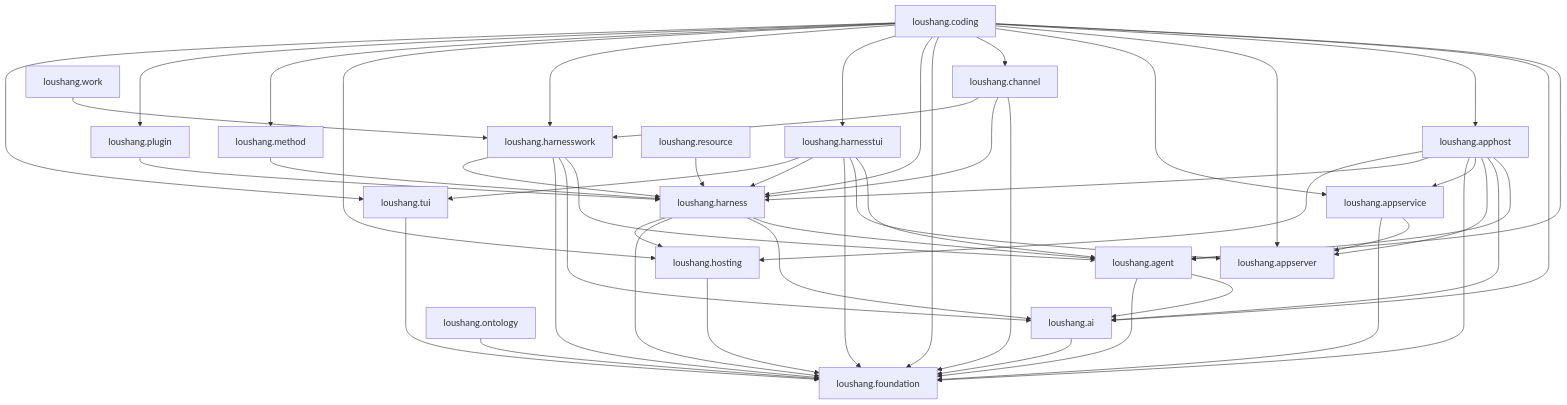
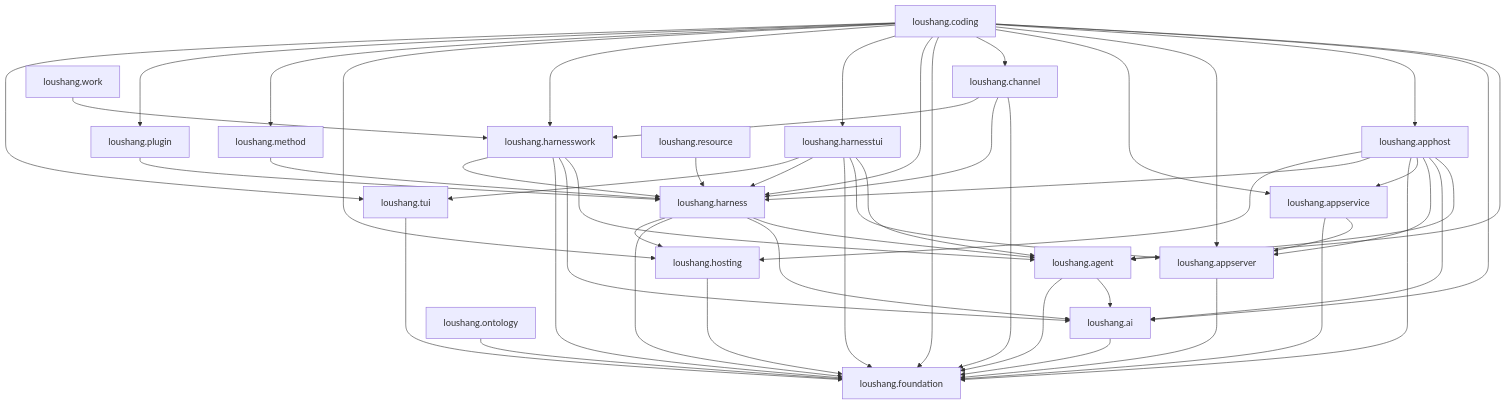
Before and after one commit to zhnt/loushang: the diagram in docs/internals/architecture/generated/current-package-dependencies.md, drawn with Mermaid. The commit also changed other lines of this file and 23 other files, not shown here.

````diff
--- a/docs/internals/architecture/generated/current-package-dependencies.md
+++ b/docs/internals/architecture/generated/current-package-dependencies.md
@@ -27,71 +27,72 @@
 ```mermaid
 graph TD
     PKG_AGENT["loushang.agent"]
     PKG_AI["loushang.ai"]
     PKG_APPHOST["loushang.apphost"]
     PKG_APPSERVER["loushang.appserver"]
     PKG_APPSERVICE["loushang.appservice"]
     PKG_CHANNEL["loushang.channel"]
     PKG_CODING["loushang.coding"]
     PKG_FOUNDATION["loushang.foundation"]
     PKG_HARNESS["loushang.harness"]
     PKG_HARNESSTUI["loushang.harnesstui"]
     PKG_HARNESSWORK["loushang.harnesswork"]
     PKG_HOSTING["loushang.hosting"]
     PKG_METHOD["loushang.method"]
     PKG_ONTOLOGY["loushang.ontology"]
     PKG_PLUGIN["loushang.plugin"]
     PKG_RESOURCE["loushang.resource"]
     PKG_TUI["loushang.tui"]
     PKG_WORK["loushang.work"]
 
     PKG_AGENT --> PKG_AI
     PKG_AGENT --> PKG_FOUNDATION
     PKG_AI --> PKG_FOUNDATION
     PKG_APPHOST --> PKG_AGENT
     PKG_APPHOST --> PKG_AI
     PKG_APPHOST --> PKG_APPSERVER
     PKG_APPHOST --> PKG_APPSERVICE
     PKG_APPHOST --> PKG_FOUNDATION
     PKG_APPHOST --> PKG_HARNESS
     PKG_APPHOST --> PKG_HOSTING
+    PKG_APPSERVER --> PKG_FOUNDATION
     PKG_APPSERVICE --> PKG_APPSERVER
     PKG_APPSERVICE --> PKG_FOUNDATION
     PKG_CHANNEL --> PKG_FOUNDATION
     PKG_CHANNEL --> PKG_HARNESS
     PKG_CHANNEL --> PKG_HARNESSWORK
     PKG_CODING --> PKG_AGENT
     PKG_CODING --> PKG_AI
     PKG_CODING --> PKG_APPHOST
     PKG_CODING --> PKG_APPSERVER
     PKG_CODING --> PKG_APPSERVICE
     PKG_CODING --> PKG_CHANNEL
     PKG_CODING --> PKG_FOUNDATION
     PKG_CODING --> PKG_HARNESS
     PKG_CODING --> PKG_HARNESSTUI
     PKG_CODING --> PKG_HARNESSWORK
     PKG_CODING --> PKG_HOSTING
     PKG_CODING --> PKG_METHOD
     PKG_CODING --> PKG_PLUGIN
     PKG_CODING --> PKG_TUI
     PKG_HARNESS --> PKG_AGENT
     PKG_HARNESS --> PKG_AI
     PKG_HARNESS --> PKG_FOUNDATION
     PKG_HARNESS --> PKG_HOSTING
     PKG_HARNESSTUI --> PKG_AGENT
     PKG_HARNESSTUI --> PKG_APPSERVER
     PKG_HARNESSTUI --> PKG_FOUNDATION
     PKG_HARNESSTUI --> PKG_HARNESS
     PKG_HARNESSTUI --> PKG_TUI
     PKG_HARNESSWORK --> PKG_AGENT
     PKG_HARNESSWORK --> PKG_AI
     PKG_HARNESSWORK --> PKG_FOUNDATION
     PKG_HARNESSWORK --> PKG_HARNESS
     PKG_HOSTING --> PKG_FOUNDATION
     PKG_METHOD --> PKG_HARNESS
     PKG_ONTOLOGY --> PKG_FOUNDATION
     PKG_PLUGIN --> PKG_HARNESS
     PKG_RESOURCE --> PKG_HARNESS
     PKG_TUI --> PKG_FOUNDATION
     PKG_WORK --> PKG_HARNESSWORK
 ```
````
